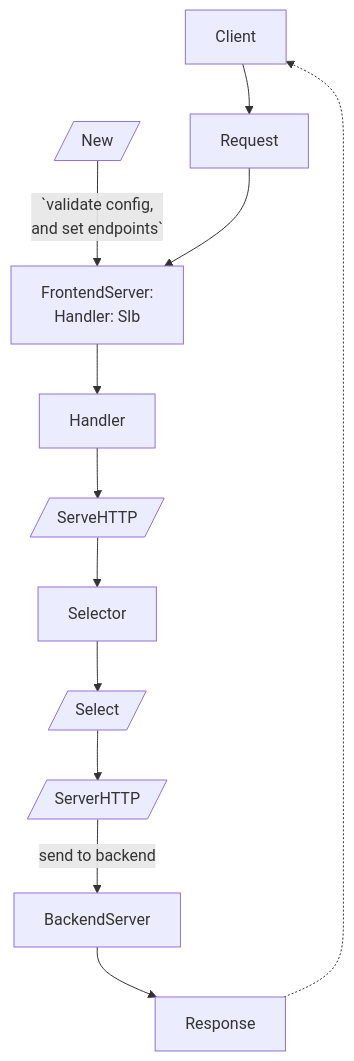
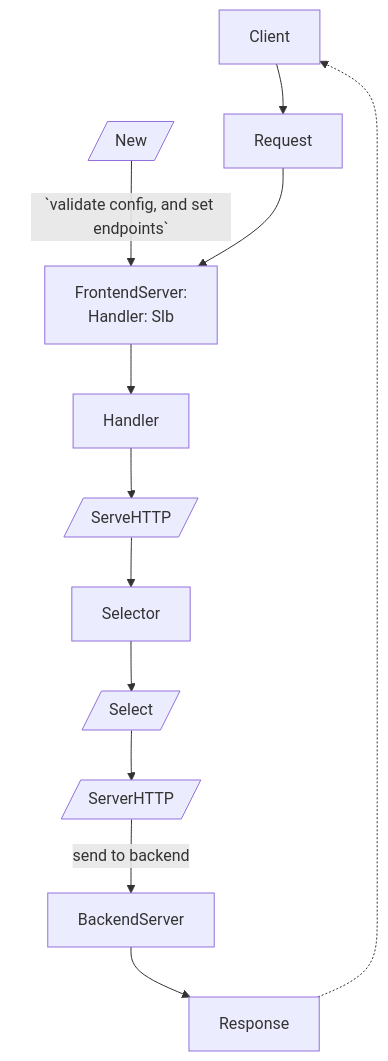
One commit to roy4ik/balance changed the diagram in README.md. Above: the diagram before and after it, drawn with Mermaid.

Commit message:
README.md:Cosmetic - fix diagram alignment issue

````diff
--- a/README.md
+++ b/README.md
@@ -23,20 +23,19 @@
 ```mermaid
 flowchart TD
 ClientServer[Client]
 FrontendServer[FrontendServer: 
 Handler: Slb]
 ClientServer ~~~ FrontendServer
 Start[/New/]
 clientRequest[Request]
 FrontendServeHTTP[/ServeHTTP/]
 serve[/ServerHTTP/]
 backendResponse[Response]
 select[/Select/]
 
-Start -->|`validate config, 
-and set endpoints`| FrontendServer
+Start -->|`validate config, and set endpoints`| FrontendServer
 ClientServer --> clientRequest --> FrontendServer
 
 FrontendServer --> FrontendHandler[Handler] --> FrontendServeHTTP
 FrontendServeHTTP --> Selector --> select --> serve -->|send to backend| BackendServer --> backendResponse -...-> ClientServer
 ```
````
